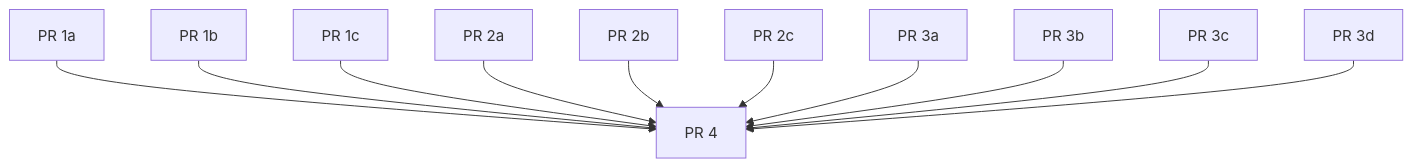
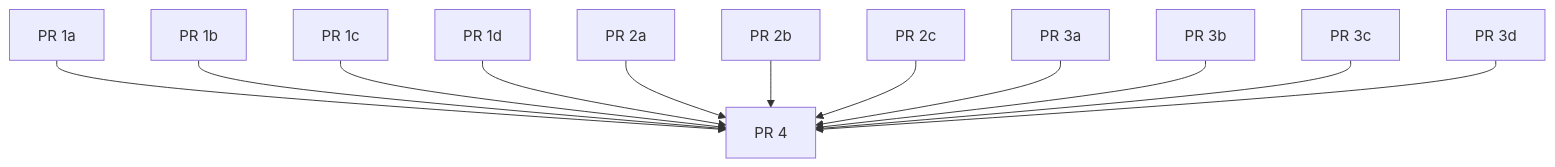
The diagram in redesign/Phase 4 - Step A.md (ruby-git/ruby-git), drawn with Mermaid before and after one commit. The commit also changed other lines of this file, not shown here.

````diff
--- a/redesign/Phase 4 - Step A.md
+++ b/redesign/Phase 4 - Step A.md
@@ -32,25 +32,27 @@
 ```mermaid
 graph TD
     PR1a["PR 1a"]
     PR1b["PR 1b"]
     PR1c["PR 1c"]
+    PR1d["PR 1d"]
     PR2a["PR 2a"]
     PR2b["PR 2b"]
     PR2c["PR 2c"]
     PR3a["PR 3a"]
     PR3b["PR 3b"]
     PR3c["PR 3c"]
     PR3d["PR 3d"]
     PR4["PR 4"]
 
     PR1a --> PR4
     PR1b --> PR4
     PR1c --> PR4
+    PR1d --> PR4
     PR2a --> PR4
     PR2b --> PR4
     PR2c --> PR4
     PR3a --> PR4
     PR3b --> PR4
     PR3c --> PR4
     PR3d --> PR4
 ```
````
